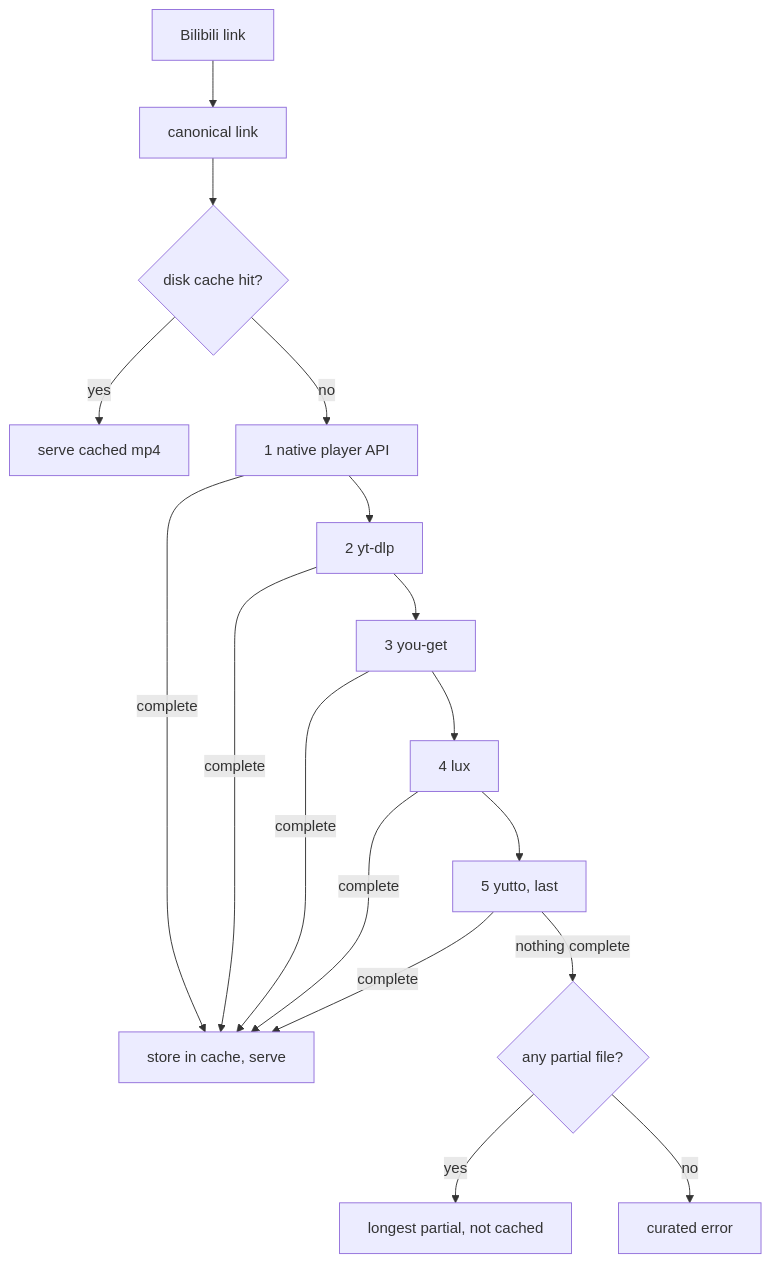
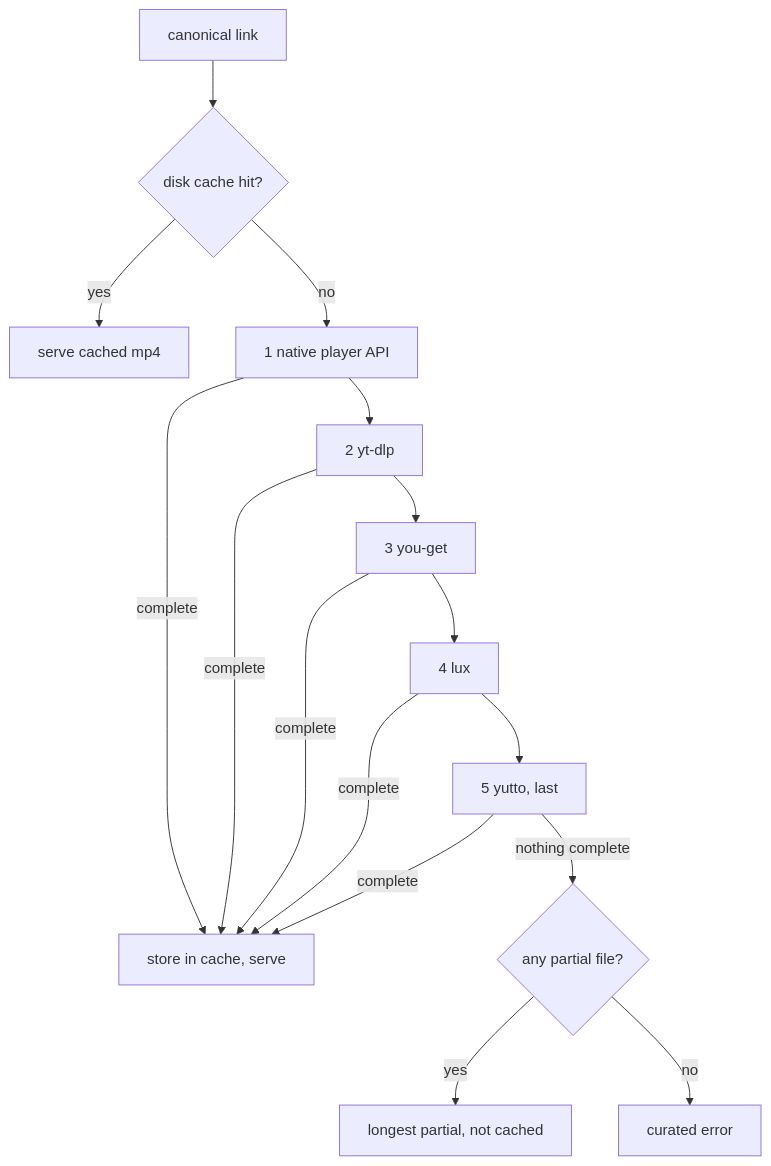
The second of 3 diagrams in docs/bilibili-download-chain.md (azusachino/daphne), drawn with Mermaid before and after one commit. The commit also changed other lines of this file and 21 other files, not shown here.

````diff
--- a/docs/bilibili-download-chain.md
+++ b/docs/bilibili-download-chain.md
@@ -9,19 +74,18 @@
 ```mermaid
 flowchart TD
-    A[Bilibili link] --> B[canonical link]
-    B --> C{disk cache hit?}
-    C -- yes --> Z[serve cached mp4]
-    C -- no --> D[1 native player API]
+    A[canonical link] --> B{disk cache hit?}
+    B -- yes --> Z[serve cached mp4]
+    B -- no --> D[1 native player API]
     D --> E[2 yt-dlp]
     E --> F[3 you-get]
     F --> G[4 lux]
     G --> H[5 yutto, last]
     D -- complete --> S[store in cache, serve]
     E -- complete --> S
     F -- complete --> S
     G -- complete --> S
     H -- complete --> S
     H -- nothing complete --> P{any partial file?}
     P -- yes --> L[longest partial, not cached]
     P -- no --> X[curated error]
 ```
````
